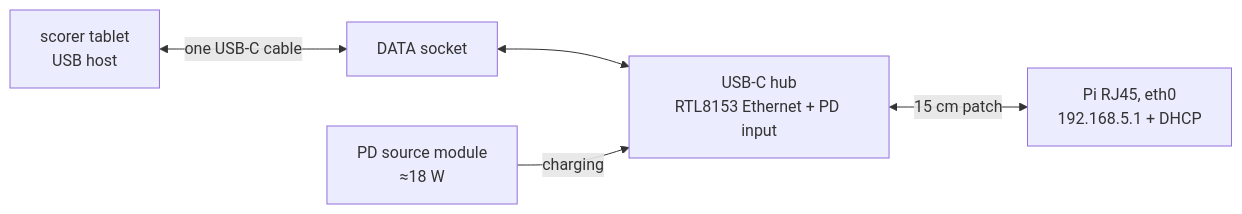
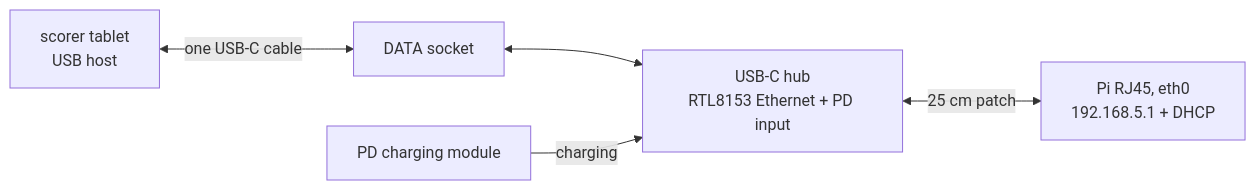
Before and after one commit to Lucanepa/point-hub: the third of 3 diagrams in docs/diy-panel/BUILD.md, drawn with Mermaid. The commit also changed other lines of this file and 5 other files, not shown here.

````diff
--- a/docs/diy-panel/BUILD.md
+++ b/docs/diy-panel/BUILD.md
@@ -389,7 +670,7 @@
 ```mermaid
 graph LR
   TAB["scorer tablet<br/>USB host"] <-->|"one USB-C cable"| D["DATA socket"]
   D <--> HUB["USB-C hub<br/>RTL8153 Ethernet + PD input"]
-  HUB <-->|"15 cm patch"| PI["Pi RJ45, eth0<br/>192.168.5.1 + DHCP"]
-  PDS["PD source module<br/>≈18 W"] -->|charging| HUB
+  HUB <-->|"25 cm patch"| PI["Pi RJ45, eth0<br/>192.168.5.1 + DHCP"]
+  PDS["PD charging module"] -->|charging| HUB
 ```
````
